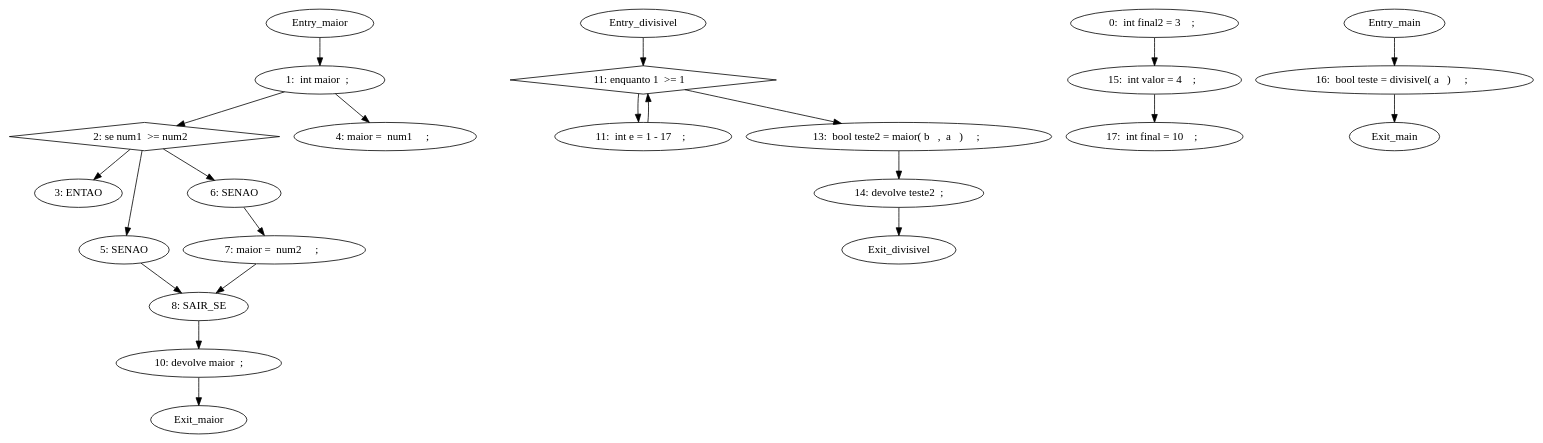
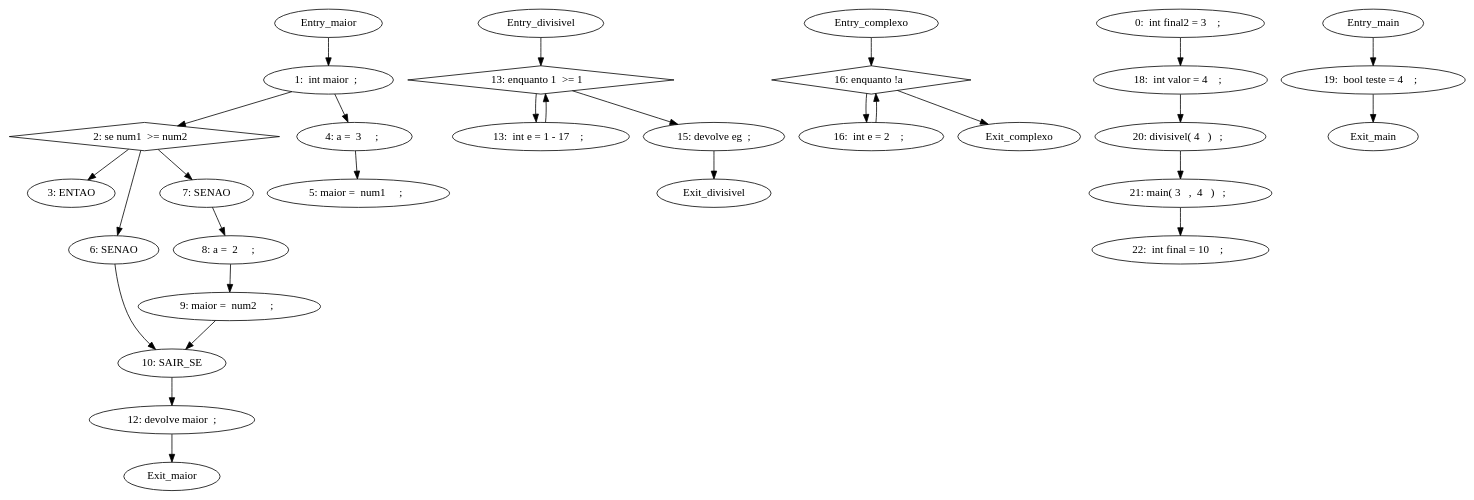
One commit to Yakari144/ImperativeLanguageAnalyser changed the diagram in cfg.dot. Above: the diagram before and after it, drawn with Graphviz. The commit also changed 7 other files, not shown here.

```diff
--- a/cfg.dot
+++ b/cfg.dot
@@ -1,25 +1,33 @@
 digraph G {
 "Entry_maior" -> "1:  int maior  ;  "
 "1:  int maior  ;  " -> "2: se num1  >= num2   "
 "2: se num1  >= num2   " -> "3: ENTAO"
 "2: se num1  >= num2   " [shape=diamond]
-"1:  int maior  ;  " -> "4: maior =  num1     ;  "
-"2: se num1  >= num2   " -> "5: SENAO"
-"2: se num1  >= num2   " -> "6: SENAO "
-"6: SENAO " -> "7: maior =  num2     ;  "
-"7: maior =  num2     ;  " -> "8: SAIR_SE"
-"5: SENAO" -> "8: SAIR_SE"
-"8: SAIR_SE" -> "10: devolve maior  ; "
-"10: devolve maior  ; " -> "Exit_maior"
-"Entry_divisivel" -> "11: enquanto 1  >= 1   "
-"11: enquanto 1  >= 1   " [shape=diamond]
-"11: enquanto 1  >= 1   " -> "11:  int e = 1 - 17    ;  "
-"11:  int e = 1 - 17    ;  " -> "11: enquanto 1  >= 1   "
-"11: enquanto 1  >= 1   " -> "13:  bool teste2 = maior( b   ,  a   )     ;  "
-"13:  bool teste2 = maior( b   ,  a   )     ;  " -> "14: devolve teste2  ; "
-"14: devolve teste2  ; " -> "Exit_divisivel"
-"0:  int final2 = 3    ;  " -> "15:  int valor = 4    ;  "
-"Entry_main" -> "16:  bool teste = divisivel( a   )     ;  "
-"16:  bool teste = divisivel( a   )     ;  " -> Exit_main
-"15:  int valor = 4    ;  " -> "17:  int final = 10    ;  "
+"1:  int maior  ;  " -> "4: a =  3     ;  "
+"4: a =  3     ;  " -> "5: maior =  num1     ;  "
+"2: se num1  >= num2   " -> "6: SENAO"
+"2: se num1  >= num2   " -> "7: SENAO "
+"7: SENAO " -> "8: a =  2     ;  "
+"8: a =  2     ;  " -> "9: maior =  num2     ;  "
+"9: maior =  num2     ;  " -> "10: SAIR_SE"
+"6: SENAO" -> "10: SAIR_SE"
+"10: SAIR_SE" -> "12: devolve maior  ; "
+"12: devolve maior  ; " -> "Exit_maior"
+"Entry_divisivel" -> "13: enquanto 1  >= 1   "
+"13: enquanto 1  >= 1   " [shape=diamond]
+"13: enquanto 1  >= 1   " -> "13:  int e = 1 - 17    ;  "
+"13:  int e = 1 - 17    ;  " -> "13: enquanto 1  >= 1   "
+"13: enquanto 1  >= 1   " -> "15: devolve eg  ; "
+"15: devolve eg  ; " -> "Exit_divisivel"
+"Entry_complexo" -> "16: enquanto !a  "
+"16: enquanto !a  " [shape=diamond]
+"16: enquanto !a  " -> "16:  int e = 2    ;  "
+"16:  int e = 2    ;  " -> "16: enquanto !a  "
+"16: enquanto !a  " -> Exit_complexo
+"0:  int final2 = 3    ;  " -> "18:  int valor = 4    ;  "
+"Entry_main" -> "19:  bool teste = 4    ;  "
+"19:  bool teste = 4    ;  " -> Exit_main
+"18:  int valor = 4    ;  " -> "20: divisivel( 4   )   ;  "
+"20: divisivel( 4   )   ;  " -> "21: main( 3   ,  4   )   ;  "
+"21: main( 3   ,  4   )   ;  " -> "22:  int final = 10    ;  "
 }
```
